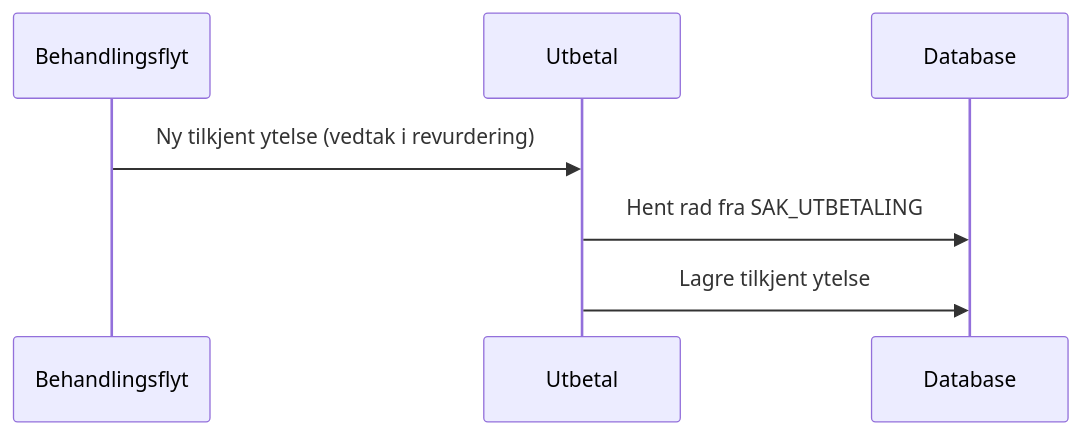
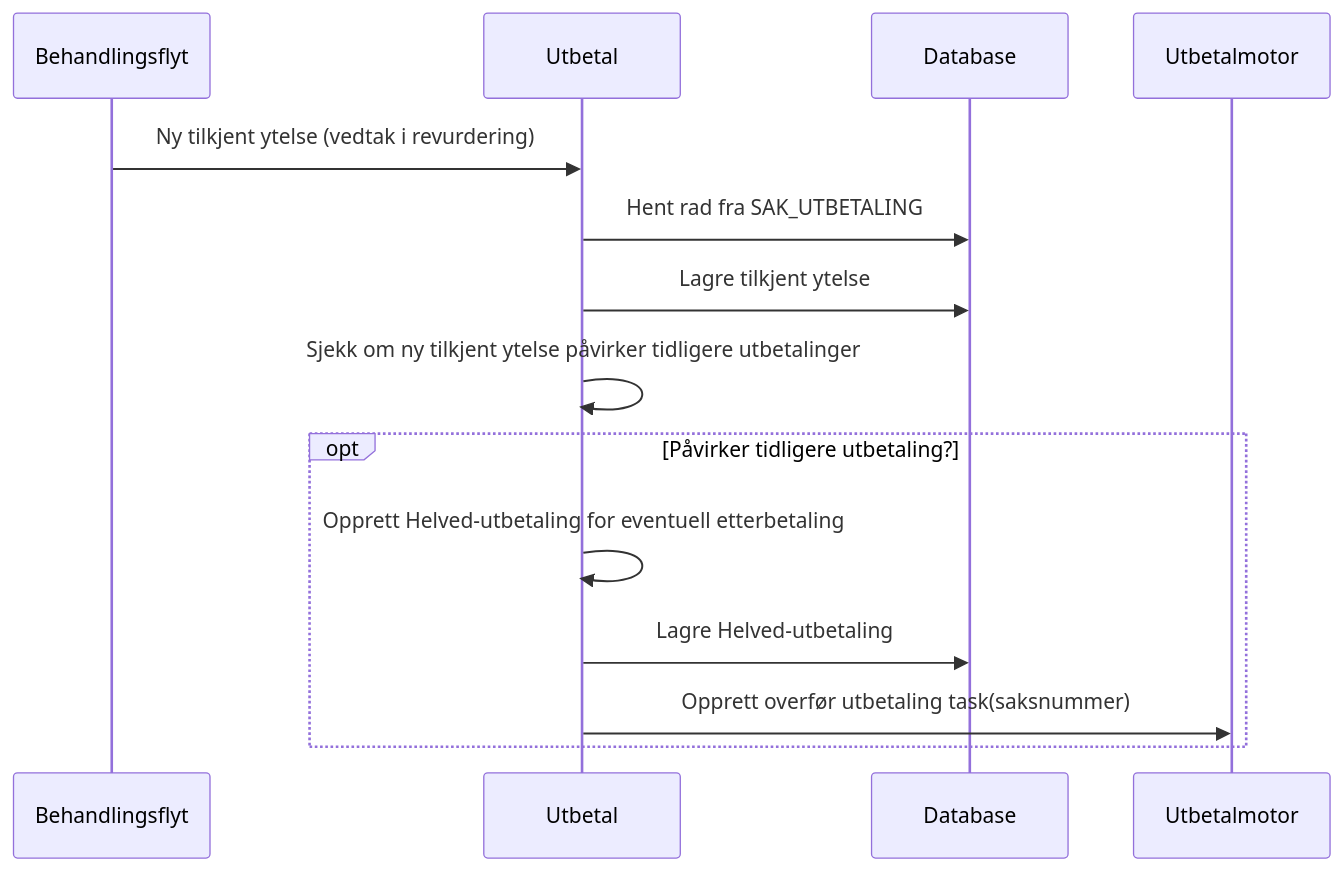
The third of 8 diagrams in README.md (navikt/aap-utbetal), drawn with Mermaid before and after one commit. The commit also changed other lines of this file, not shown here.

Commit message:
Endret sekvensdiagrammer.

````diff
--- a/README.md
+++ b/README.md
@@ -40,6 +42,12 @@
 ```mermaid
 sequenceDiagram
     Behandlingsflyt->>Utbetal: Ny tilkjent ytelse (vedtak i revurdering)
     Utbetal->>Database: Hent rad fra SAK_UTBETALING
     Utbetal->>Database: Lagre tilkjent ytelse
+    Utbetal->>Utbetal: Sjekk om ny tilkjent ytelse påvirker tidligere utbetalinger
+    opt Påvirker tidligere utbetaling?
+        Utbetal->>Utbetal: Opprett Helved-utbetaling for eventuell etterbetaling
+        Utbetal->>Database: Lagre Helved-utbetaling
+        Utbetal->>Utbetalmotor: Opprett overfør utbetaling task(saksnummer)
+    end
 ```
````
